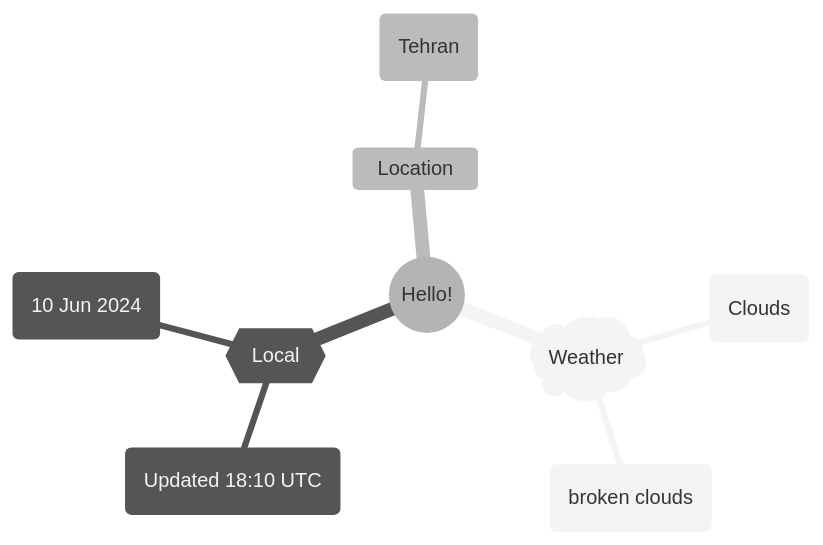
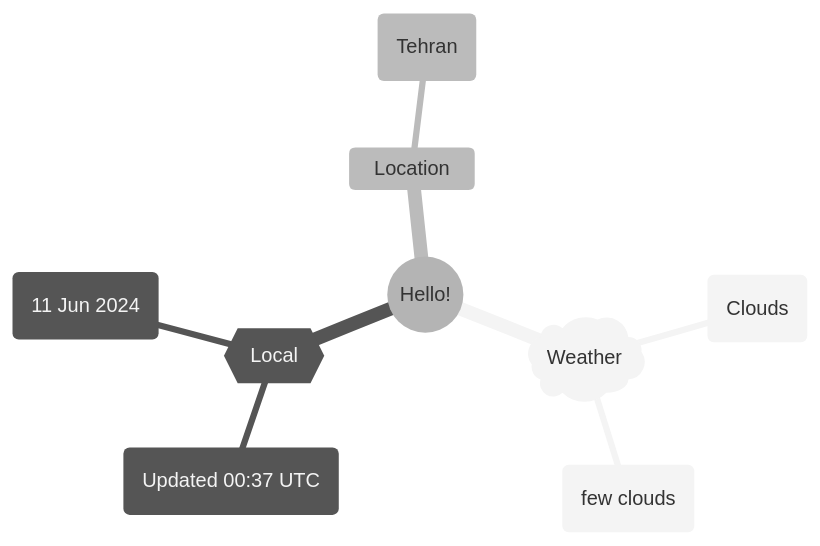
Before and after one commit to Xosrov/Xosrov: the first of 2 diagrams in README.md, drawn with Mermaid (neutral theme).

Commit message:
[bot] updated images

````diff
--- a/README.md
+++ b/README.md
@@ -3,12 +3,12 @@
 ```mermaid
 mindmap
   root((Hello!))
     )Weather(
         (Clouds)
-        (broken clouds)
+        (few clouds)
     {{Local}}
-        (Updated 18:10 UTC)
-        (10 Jun 2024)
+        (Updated 00:37 UTC)
+        (11 Jun 2024)
     Location
         (Tehran)
 ```
````
